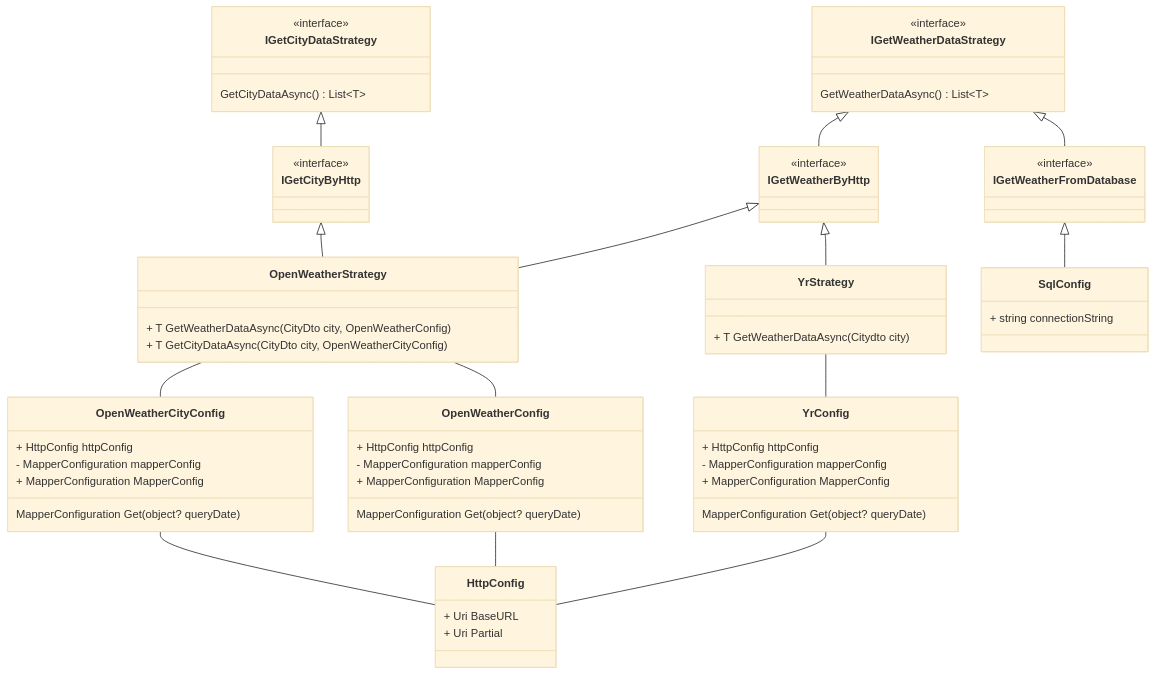
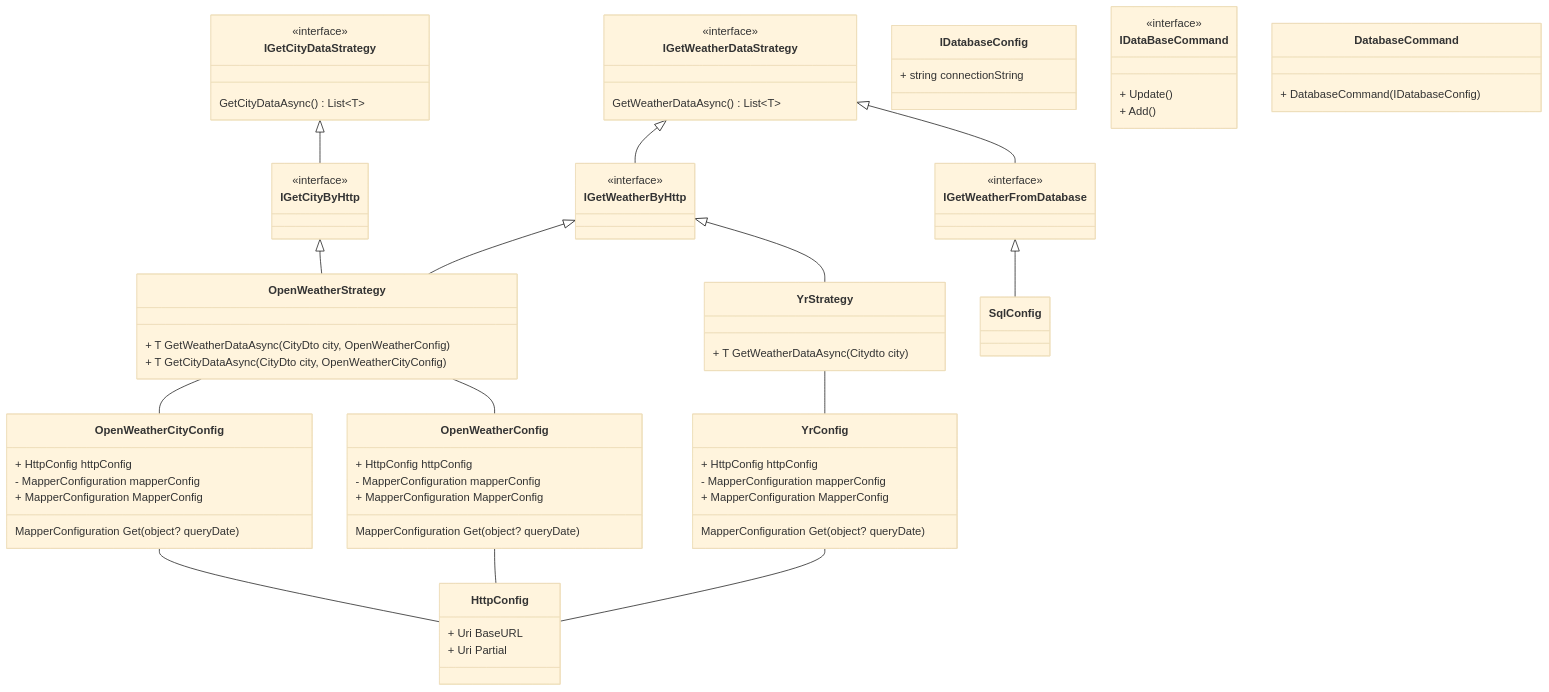
The diagram in WeatherWebAPI/WeatherWebAPI/WeatherWebAPI/Factory/Design.md (danhalvorsen/WeatherSummary), drawn with Mermaid (base theme) before and after one commit. The commit also changed 38 other files, not shown here.

````diff
--- a/WeatherWebAPI/WeatherWebAPI/WeatherWebAPI/Factory/Design.md
+++ b/WeatherWebAPI/WeatherWebAPI/WeatherWebAPI/Factory/Design.md
@@ -82,7 +82,18 @@
     }
 
 
-    class SqlConfig {
+    class IDatabaseConfig {
         + string connectionString
     }
+
+    class IDataBaseCommand {
+        <<interface>>
+
+        + Update()
+        + Add()
+    }
+
+    class DatabaseCommand {
+        + DatabaseCommand(IDatabaseConfig)
+    }
 ```
````
